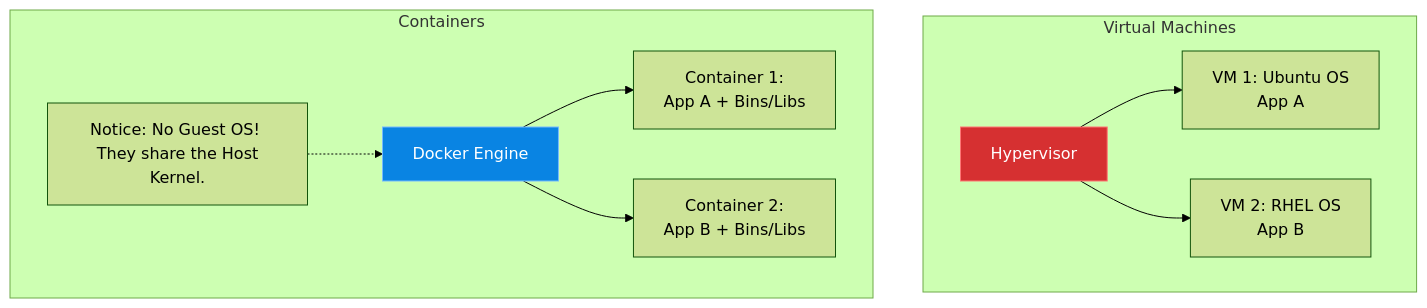
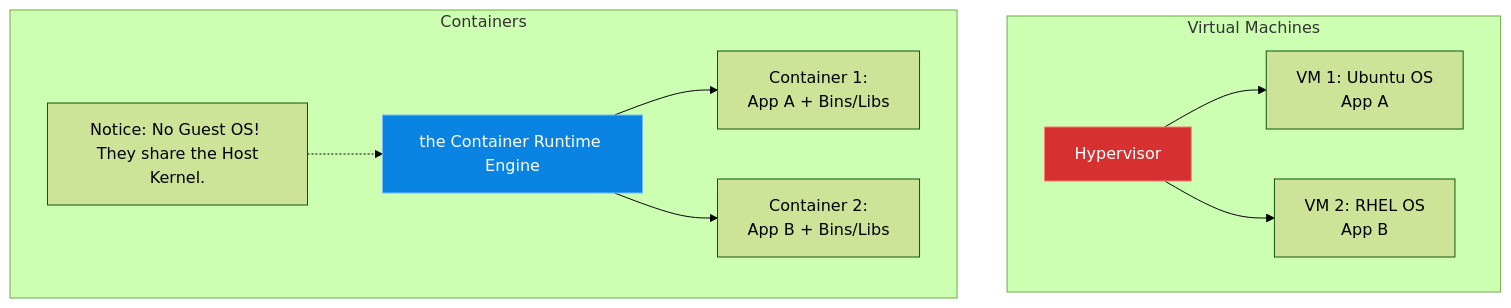
Before and after one commit to laxya911/linux-support-engineer-master-handbook: the diagram in volumes/volume-03-enterprise-linux-services/chapters/V3-C21-container-revolution.md, drawn with Mermaid (forest theme). The commit also changed other lines of this file and 24 other files, not shown here.

````diff
--- a/volumes/volume-03-enterprise-linux-services/chapters/V3-C21-container-revolution.md
+++ b/volumes/volume-03-enterprise-linux-services/chapters/V3-C21-container-revolution.md
@@ -43,19 +42,19 @@
 ```mermaid
 flowchart TD
     subgraph Virtual Machines
         A["Hypervisor"]
         A --> B["VM 1: Ubuntu OS \n App A"]
         A --> C["VM 2: RHEL OS \n App B"]
     end
     
     subgraph Containers
-        D["Docker Engine"]
+        D["the Container Runtime Engine"]
         D --> E["Container 1: \n App A + Bins/Libs"]
         D --> F["Container 2: \n App B + Bins/Libs"]
         
         note1["Notice: No Guest OS! \n They share the Host Kernel."] -.-> D
     end
     
     style A fill:#d63031,stroke:#ff7675,color:#fff
     style D fill:#0984e3,stroke:#74b9ff,color:#fff
 ```
````
